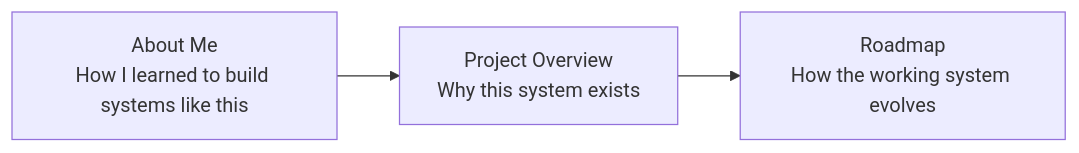
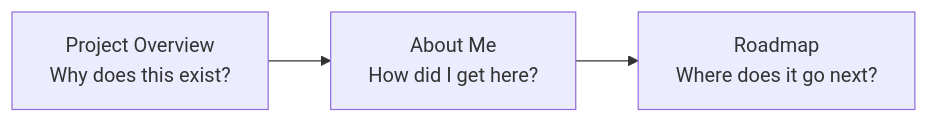
Before and after one commit to tks18/personal-finance-etl: the diagram in docs/about/README.md, drawn with Mermaid. The commit also changed other lines of this file and 6 other files, not shown here.

````diff
--- a/docs/about/README.md
+++ b/docs/about/README.md
@@ -145,5 +5,5 @@
 ```mermaid
 flowchart LR
-    ME["About Me<br/>How I learned to build systems like this"] --> PROJECT["Project Overview<br/>Why this system exists"]
-    PROJECT --> ROAD["Roadmap<br/>How the working system evolves"]
+    PROJECT["Project Overview<br/>Why does this exist?"] --> ME["About Me<br/>How did I get here?"]
+    ME --> ROAD["Roadmap<br/>Where does it go next?"]
 ```
````
